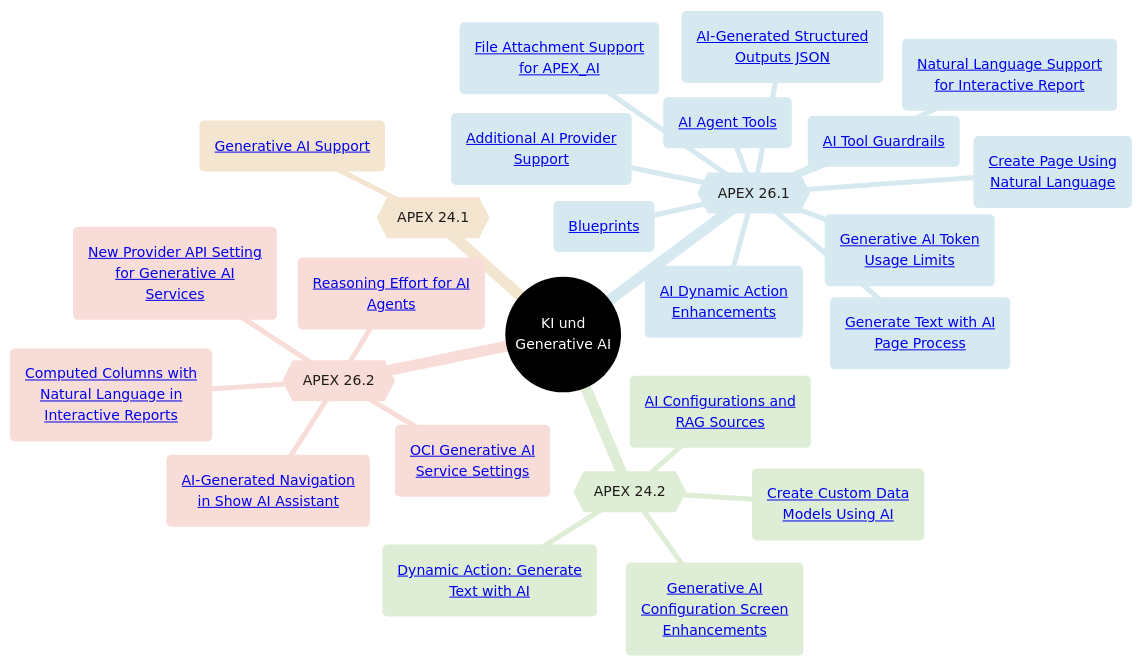
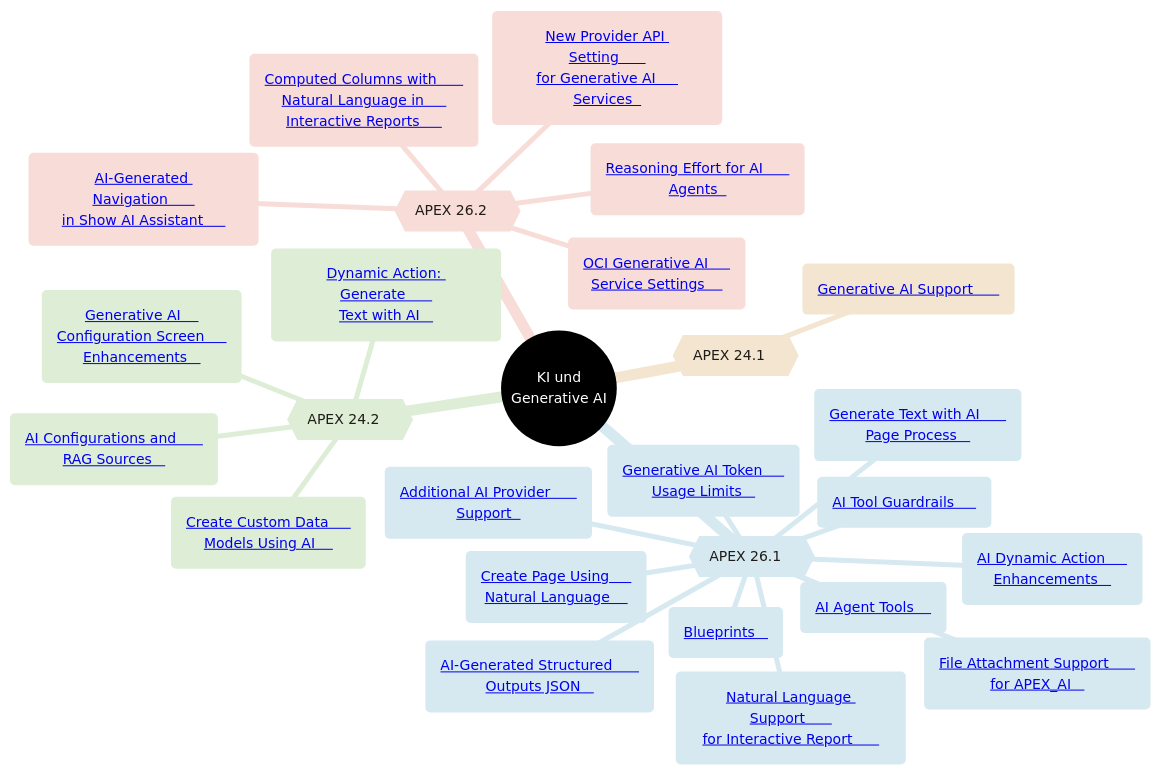
One commit to Nafets-Rezlop/apxnfo changed the second of 3 diagrams in mindmap-ki-test.md. Above: the diagram before and after it, drawn with Mermaid. The commit also changed other lines of this file, not shown here.

Commit message:
Test: Polsterung gegen abgeschnittene Labels
Claude-Session: https://claude.ai/code/session_012pd2kUotvyJHEfAwAnqqQM

````diff
--- a/mindmap-ki-test.md
+++ b/mindmap-ki-test.md
@@ -59,49 +58,48 @@
 ```mermaid
 ---
 config:
   theme: base
   themeVariables:
-    fontFamily: "Segoe UI, Helvetica, Arial, sans-serif"
     fontSize: 14px
     primaryColor: "#312D2A"
     primaryTextColor: "#ffffff"
     lineColor: "#C74634"
     cScale0: "#312D2A"
     cScaleLabel0: "#ffffff"
     cScale1: "#F7DCD7"
     cScaleLabel1: "#1F1B18"
     cScale2: "#D6E9F1"
     cScaleLabel2: "#1F1B18"
     cScale3: "#DEEDD6"
     cScaleLabel3: "#1F1B18"
     cScale4: "#F3E5CF"
     cScaleLabel4: "#1F1B18"
 ---
 mindmap
   root(("KI und<br/>Generative AI"))
-    r262{{"APEX 26.2"}}
-      f262_0("<a href='https://docs.oracle.com/en/database/oracle/apex/26.2/htmrn/new-features.html#GUID-E3EC1EE4-8A4E-4CBE-9303-D5C170FA6DC9'>Reasoning Effort for AI<br/>Agents</a>")
-      f262_1("<a href='https://docs.oracle.com/en/database/oracle/apex/26.2/htmrn/new-features.html#GUID-31C88C7A-697C-46D6-AA1B-8C61D73A3607'>New Provider API Setting<br/>for Generative AI<br/>Services</a>")
-      f262_2("<a href='https://docs.oracle.com/en/database/oracle/apex/26.2/htmrn/new-features.html#GUID-112154A3-8209-4129-A363-DCF87183818D'>OCI Generative AI<br/>Service Settings</a>")
-      f262_3("<a href='https://docs.oracle.com/en/database/oracle/apex/26.2/htmrn/new-features.html#GUID-6AAA6EDC-D109-40FF-AFE4-B3BFEF064105'>AI-Generated Navigation<br/>in Show AI Assistant</a>")
-      f262_4("<a href='https://docs.oracle.com/en/database/oracle/apex/26.2/htmrn/new-features.html#GUID-4B21AEBB-7A81-4DB8-9ECD-9728E64C0AA8'>Computed Columns with<br/>Natural Language in<br/>Interactive Reports</a>")
-    r261{{"APEX 26.1"}}
-      f261_5("<a href='https://docs.oracle.com/en/database/oracle/apex/26.1/htmrn/new-features.html#GUID-97FD585A-B2FE-4D83-8EC9-B014CFA94A4F'>Natural Language Support<br/>for Interactive Report</a>")
-      f261_6("<a href='https://docs.oracle.com/en/database/oracle/apex/26.1/htmrn/new-features.html#GUID-65875D64-78DE-48CF-B9AE-1AD535FBC62A'>Create Page Using<br/>Natural Language</a>")
-      f261_7("<a href='https://docs.oracle.com/en/database/oracle/apex/26.1/htmrn/new-features.html#GUID-D8D70E73-BF6C-4CF3-8B3A-B20C2463AA92'>AI Agent Tools</a>")
-      f261_8("<a href='https://docs.oracle.com/en/database/oracle/apex/26.1/htmrn/new-features.html#GUID-D4DFB073-9A1D-4819-89BB-E223189FA7EA'>AI Tool Guardrails</a>")
-      f261_9("<a href='https://docs.oracle.com/en/database/oracle/apex/26.1/htmrn/new-features.html#GUID-64E68A65-83E3-4E27-BB9B-6A93491E3360'>Generate Text with AI<br/>Page Process</a>")
-      f261_10("<a href='https://docs.oracle.com/en/database/oracle/apex/26.1/htmrn/new-features.html#GUID-32B7FD4E-822A-4F31-995A-49629F46D05E'>AI-Generated Structured<br/>Outputs JSON</a>")
-      f261_11("<a href='https://docs.oracle.com/en/database/oracle/apex/26.1/htmrn/new-features.html#GUID-90A11DF5-356B-498D-8305-C0F4358265FA'>Generative AI Token<br/>Usage Limits</a>")
-      f261_12("<a href='https://docs.oracle.com/en/database/oracle/apex/26.1/htmrn/new-features.html#GUID-2BBD7696-4F50-4DEF-834A-0DA80D26DF57'>Additional AI Provider<br/>Support</a>")
-      f261_13("<a href='https://docs.oracle.com/en/database/oracle/apex/26.1/htmrn/new-features.html#GUID-4378479C-E9E8-4D00-9B77-5894E56BDFB8'>AI Dynamic Action<br/>Enhancements</a>")
-      f261_14("<a href='https://docs.oracle.com/en/database/oracle/apex/26.1/htmrn/new-features.html#GUID-4DEE6D63-8818-419B-9111-769AF8661AD2'>Blueprints</a>")
-      f261_15("<a href='https://docs.oracle.com/en/database/oracle/apex/26.1/htmrn/new-features.html#GUID-D44EA632-F671-46CB-9AF7-B364E8843351'>File Attachment Support<br/>for APEX_AI</a>")
-    r242{{"APEX 24.2"}}
-      f242_16("<a href='https://docs.oracle.com/en/database/oracle/apex/24.2/htmrn/new-features.html#GUID-3E6CC92E-A56C-4002-BC68-072A14D66D86'>Dynamic Action: Generate<br/>Text with AI</a>")
-      f242_17("<a href='https://docs.oracle.com/en/database/oracle/apex/24.2/htmrn/new-features.html#GUID-9BE115BE-5CFA-4A68-8FBB-3AFDCAD752FB'>Create Custom Data<br/>Models Using AI</a>")
-      f242_18("<a href='https://docs.oracle.com/en/database/oracle/apex/24.2/htmrn/new-features.html#GUID-53C1F273-1F73-4E3F-BFC2-EDA2B1DABA93'>AI Configurations and<br/>RAG Sources</a>")
-      f242_19("<a href='https://docs.oracle.com/en/database/oracle/apex/24.2/htmrn/new-features.html#GUID-3E75A967-82A2-42D5-8950-4B050B47507D'>Generative AI<br/>Configuration Screen<br/>Enhancements</a>")
-    r241{{"APEX 24.1"}}
-      f241_20("<a href='https://docs.oracle.com/en/database/oracle/apex/24.1/htmrn/new-features.html#GUID-58986BEB-A222-4976-A48E-E364DAD38406'>Generative AI Support</a>")
+    r262{{"APEX 26.2&nbsp;&nbsp;&nbsp;"}}
+      f262_0("<a href='https://docs.oracle.com/en/database/oracle/apex/26.2/htmrn/new-features.html#GUID-E3EC1EE4-8A4E-4CBE-9303-D5C170FA6DC9'>Reasoning Effort for AI&nbsp;&nbsp;&nbsp;&nbsp;&nbsp;&nbsp;<br/>Agents&nbsp;&nbsp;</a>")
+      f262_1("<a href='https://docs.oracle.com/en/database/oracle/apex/26.2/htmrn/new-features.html#GUID-31C88C7A-697C-46D6-AA1B-8C61D73A3607'>New Provider API Setting&nbsp;&nbsp;&nbsp;&nbsp;&nbsp;&nbsp;<br/>for Generative AI&nbsp;&nbsp;&nbsp;&nbsp;&nbsp;<br/>Services&nbsp;&nbsp;</a>")
+      f262_2("<a href='https://docs.oracle.com/en/database/oracle/apex/26.2/htmrn/new-features.html#GUID-112154A3-8209-4129-A363-DCF87183818D'>OCI Generative AI&nbsp;&nbsp;&nbsp;&nbsp;&nbsp;<br/>Service Settings&nbsp;&nbsp;&nbsp;&nbsp;</a>")
+      f262_3("<a href='https://docs.oracle.com/en/database/oracle/apex/26.2/htmrn/new-features.html#GUID-6AAA6EDC-D109-40FF-AFE4-B3BFEF064105'>AI-Generated Navigation&nbsp;&nbsp;&nbsp;&nbsp;&nbsp;&nbsp;<br/>in Show AI Assistant&nbsp;&nbsp;&nbsp;&nbsp;&nbsp;</a>")
+      f262_4("<a href='https://docs.oracle.com/en/database/oracle/apex/26.2/htmrn/new-features.html#GUID-4B21AEBB-7A81-4DB8-9ECD-9728E64C0AA8'>Computed Columns with&nbsp;&nbsp;&nbsp;&nbsp;&nbsp;&nbsp;<br/>Natural Language in&nbsp;&nbsp;&nbsp;&nbsp;&nbsp;<br/>Interactive Reports&nbsp;&nbsp;&nbsp;&nbsp;&nbsp;</a>")
+    r261{{"APEX 26.1&nbsp;&nbsp;&nbsp;"}}
+      f261_5("<a href='https://docs.oracle.com/en/database/oracle/apex/26.1/htmrn/new-features.html#GUID-97FD585A-B2FE-4D83-8EC9-B014CFA94A4F'>Natural Language Support&nbsp;&nbsp;&nbsp;&nbsp;&nbsp;&nbsp;<br/>for Interactive Report&nbsp;&nbsp;&nbsp;&nbsp;&nbsp;&nbsp;</a>")
+      f261_6("<a href='https://docs.oracle.com/en/database/oracle/apex/26.1/htmrn/new-features.html#GUID-65875D64-78DE-48CF-B9AE-1AD535FBC62A'>Create Page Using&nbsp;&nbsp;&nbsp;&nbsp;&nbsp;<br/>Natural Language&nbsp;&nbsp;&nbsp;&nbsp;</a>")
+      f261_7("<a href='https://docs.oracle.com/en/database/oracle/apex/26.1/htmrn/new-features.html#GUID-D8D70E73-BF6C-4CF3-8B3A-B20C2463AA92'>AI Agent Tools&nbsp;&nbsp;&nbsp;&nbsp;</a>")
+      f261_8("<a href='https://docs.oracle.com/en/database/oracle/apex/26.1/htmrn/new-features.html#GUID-D4DFB073-9A1D-4819-89BB-E223189FA7EA'>AI Tool Guardrails&nbsp;&nbsp;&nbsp;&nbsp;&nbsp;</a>")
+      f261_9("<a href='https://docs.oracle.com/en/database/oracle/apex/26.1/htmrn/new-features.html#GUID-64E68A65-83E3-4E27-BB9B-6A93491E3360'>Generate Text with AI&nbsp;&nbsp;&nbsp;&nbsp;&nbsp;&nbsp;<br/>Page Process&nbsp;&nbsp;&nbsp;</a>")
+      f261_10("<a href='https://docs.oracle.com/en/database/oracle/apex/26.1/htmrn/new-features.html#GUID-32B7FD4E-822A-4F31-995A-49629F46D05E'>AI-Generated Structured&nbsp;&nbsp;&nbsp;&nbsp;&nbsp;&nbsp;<br/>Outputs JSON&nbsp;&nbsp;&nbsp;</a>")
+      f261_11("<a href='https://docs.oracle.com/en/database/oracle/apex/26.1/htmrn/new-features.html#GUID-90A11DF5-356B-498D-8305-C0F4358265FA'>Generative AI Token&nbsp;&nbsp;&nbsp;&nbsp;&nbsp;<br/>Usage Limits&nbsp;&nbsp;&nbsp;</a>")
+      f261_12("<a href='https://docs.oracle.com/en/database/oracle/apex/26.1/htmrn/new-features.html#GUID-2BBD7696-4F50-4DEF-834A-0DA80D26DF57'>Additional AI Provider&nbsp;&nbsp;&nbsp;&nbsp;&nbsp;&nbsp;<br/>Support&nbsp;&nbsp;</a>")
+      f261_13("<a href='https://docs.oracle.com/en/database/oracle/apex/26.1/htmrn/new-features.html#GUID-4378479C-E9E8-4D00-9B77-5894E56BDFB8'>AI Dynamic Action&nbsp;&nbsp;&nbsp;&nbsp;&nbsp;<br/>Enhancements&nbsp;&nbsp;&nbsp;</a>")
+      f261_14("<a href='https://docs.oracle.com/en/database/oracle/apex/26.1/htmrn/new-features.html#GUID-4DEE6D63-8818-419B-9111-769AF8661AD2'>Blueprints&nbsp;&nbsp;&nbsp;</a>")
+      f261_15("<a href='https://docs.oracle.com/en/database/oracle/apex/26.1/htmrn/new-features.html#GUID-D44EA632-F671-46CB-9AF7-B364E8843351'>File Attachment Support&nbsp;&nbsp;&nbsp;&nbsp;&nbsp;&nbsp;<br/>for APEX_AI&nbsp;&nbsp;&nbsp;</a>")
+    r242{{"APEX 24.2&nbsp;&nbsp;&nbsp;"}}
+      f242_16("<a href='https://docs.oracle.com/en/database/oracle/apex/24.2/htmrn/new-features.html#GUID-3E6CC92E-A56C-4002-BC68-072A14D66D86'>Dynamic Action: Generate&nbsp;&nbsp;&nbsp;&nbsp;&nbsp;&nbsp;<br/>Text with AI&nbsp;&nbsp;&nbsp;</a>")
+      f242_17("<a href='https://docs.oracle.com/en/database/oracle/apex/24.2/htmrn/new-features.html#GUID-9BE115BE-5CFA-4A68-8FBB-3AFDCAD752FB'>Create Custom Data&nbsp;&nbsp;&nbsp;&nbsp;&nbsp;<br/>Models Using AI&nbsp;&nbsp;&nbsp;&nbsp;</a>")
+      f242_18("<a href='https://docs.oracle.com/en/database/oracle/apex/24.2/htmrn/new-features.html#GUID-53C1F273-1F73-4E3F-BFC2-EDA2B1DABA93'>AI Configurations and&nbsp;&nbsp;&nbsp;&nbsp;&nbsp;&nbsp;<br/>RAG Sources&nbsp;&nbsp;&nbsp;</a>")
+      f242_19("<a href='https://docs.oracle.com/en/database/oracle/apex/24.2/htmrn/new-features.html#GUID-3E75A967-82A2-42D5-8950-4B050B47507D'>Generative AI&nbsp;&nbsp;&nbsp;&nbsp;<br/>Configuration Screen&nbsp;&nbsp;&nbsp;&nbsp;&nbsp;<br/>Enhancements&nbsp;&nbsp;&nbsp;</a>")
+    r241{{"APEX 24.1&nbsp;&nbsp;&nbsp;"}}
+      f241_20("<a href='https://docs.oracle.com/en/database/oracle/apex/24.1/htmrn/new-features.html#GUID-58986BEB-A222-4976-A48E-E364DAD38406'>Generative AI Support&nbsp;&nbsp;&nbsp;&nbsp;&nbsp;&nbsp;</a>")
 ```
````
